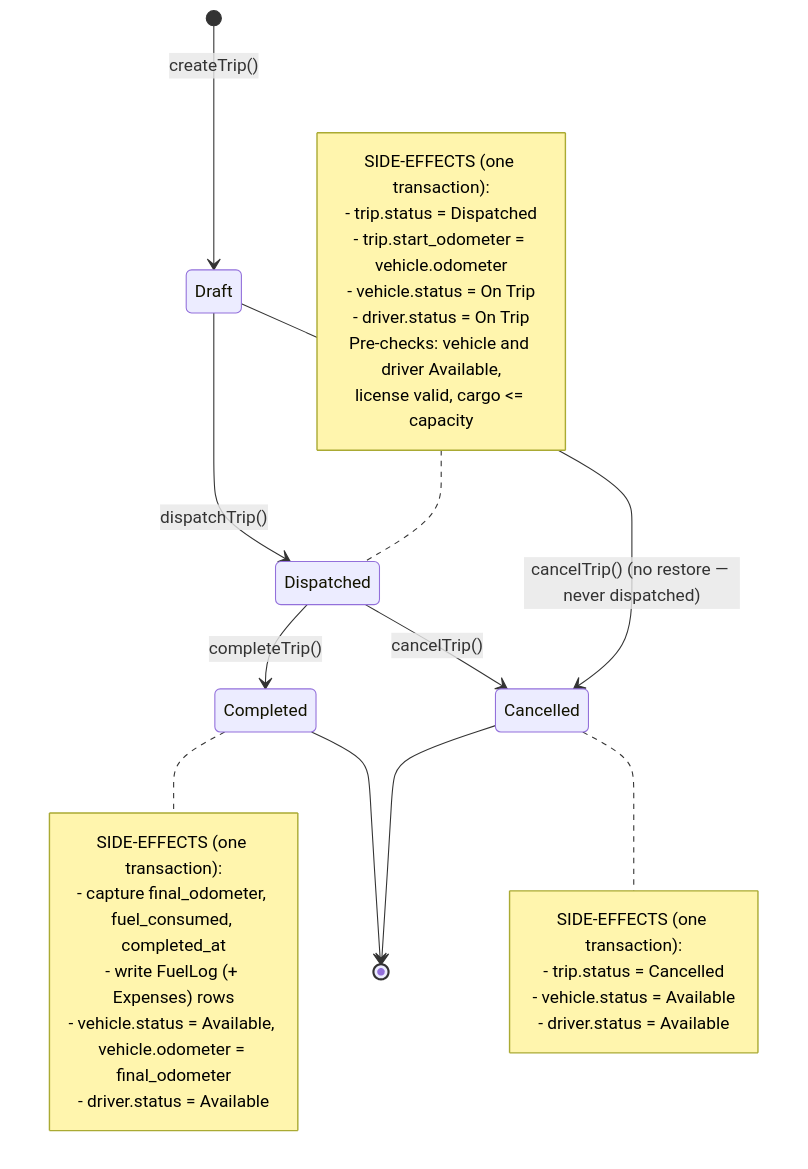
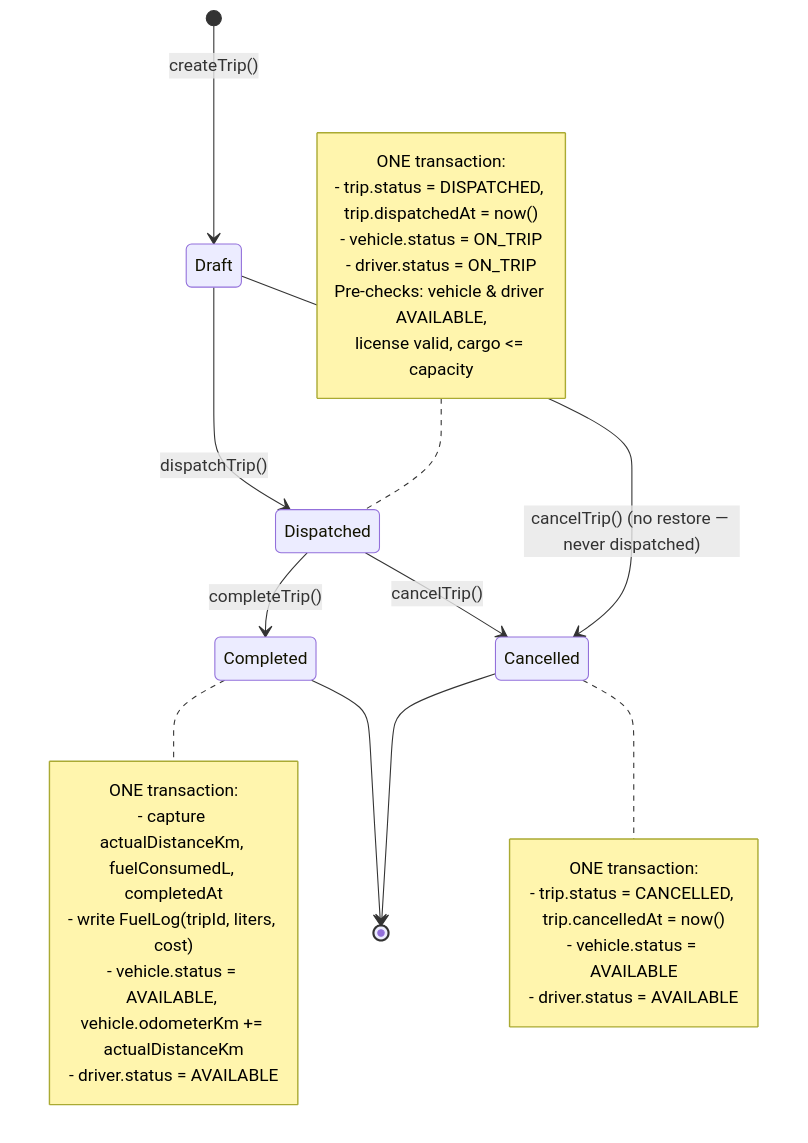
The third of 4 diagrams in plan.md (Dr4cule/TransitOps), drawn with Mermaid before and after one commit. The commit also changed other lines of this file and 7 other files, not shown here.

First line of the commit message:
docs: align plan/readme to prisma schema; add local setup

````diff
--- a/plan.md
+++ b/plan.md
@@ -1028,37 +699,31 @@
 ```mermaid
 stateDiagram-v2
     [*] --> Draft: createTrip()
-
     Draft --> Dispatched: dispatchTrip()
     note left of Dispatched
-        SIDE-EFFECTS (one transaction):
-        - trip.status = Dispatched
-        - trip.start_odometer = vehicle.odometer
-        - vehicle.status = On Trip
-        - driver.status = On Trip
-        Pre-checks: vehicle and driver Available,
+        ONE transaction:
+        - trip.status = DISPATCHED, trip.dispatchedAt = now()
+        - vehicle.status = ON_TRIP
+        - driver.status = ON_TRIP
+        Pre-checks: vehicle & driver AVAILABLE,
         license valid, cargo <= capacity
     end note
-
     Dispatched --> Completed: completeTrip()
     note right of Completed
-        SIDE-EFFECTS (one transaction):
-        - capture final_odometer, fuel_consumed, completed_at
-        - write FuelLog (+ Expenses) rows
-        - vehicle.status = Available, vehicle.odometer = final_odometer
-        - driver.status = Available
+        ONE transaction:
+        - capture actualDistanceKm, fuelConsumedL, completedAt
+        - write FuelLog(tripId, liters, cost)
+        - vehicle.status = AVAILABLE, vehicle.odometerKm += actualDistanceKm
+        - driver.status = AVAILABLE
     end note
-
     Dispatched --> Cancelled: cancelTrip()
     note right of Cancelled
-        SIDE-EFFECTS (one transaction):
-        - trip.status = Cancelled
-        - vehicle.status = Available
-        - driver.status = Available
+        ONE transaction:
+        - trip.status = CANCELLED, trip.cancelledAt = now()
+        - vehicle.status = AVAILABLE
+        - driver.status = AVAILABLE
     end note
-
     Draft --> Cancelled: cancelTrip() (no restore — never dispatched)
-
     Completed --> [*]
     Cancelled --> [*]
 ```
````
